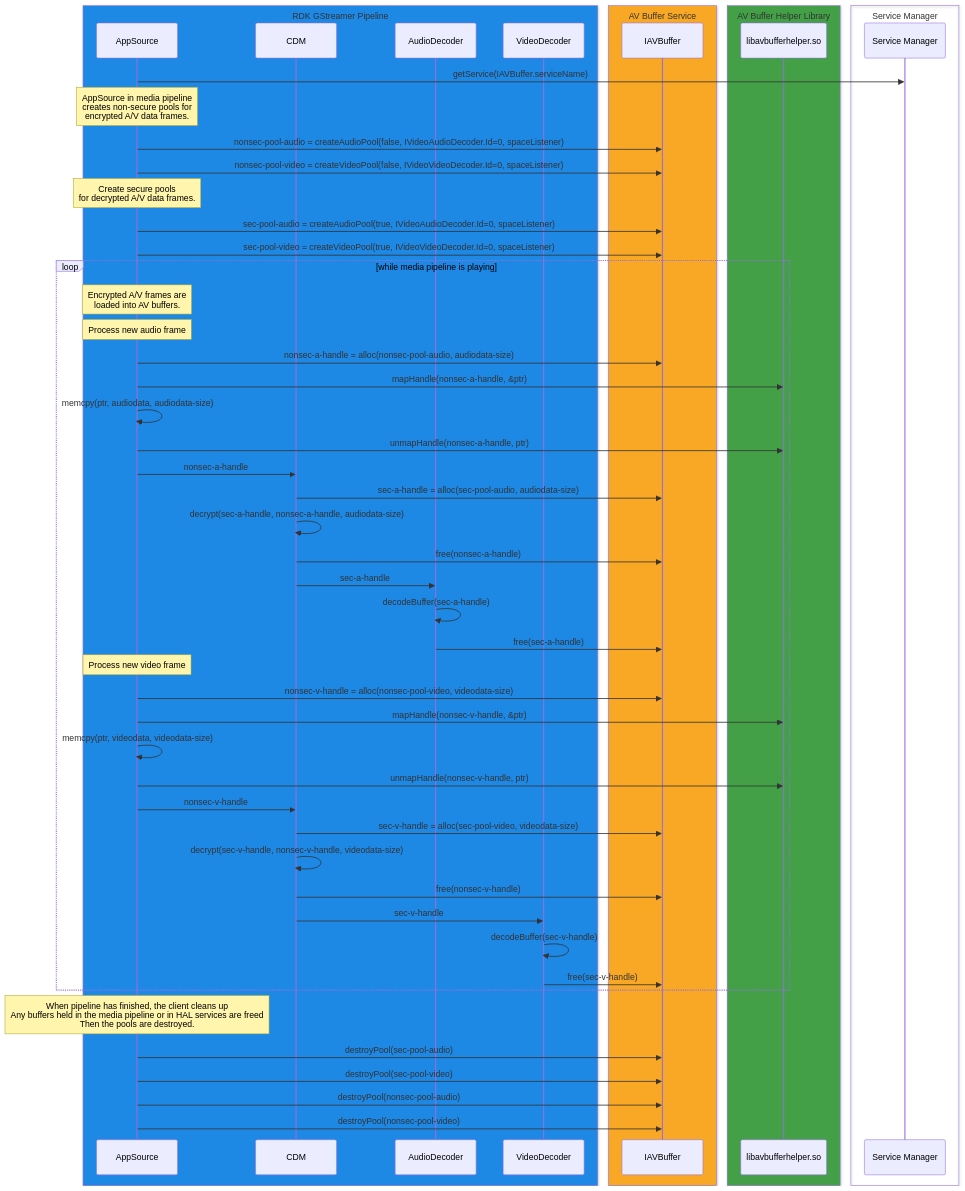
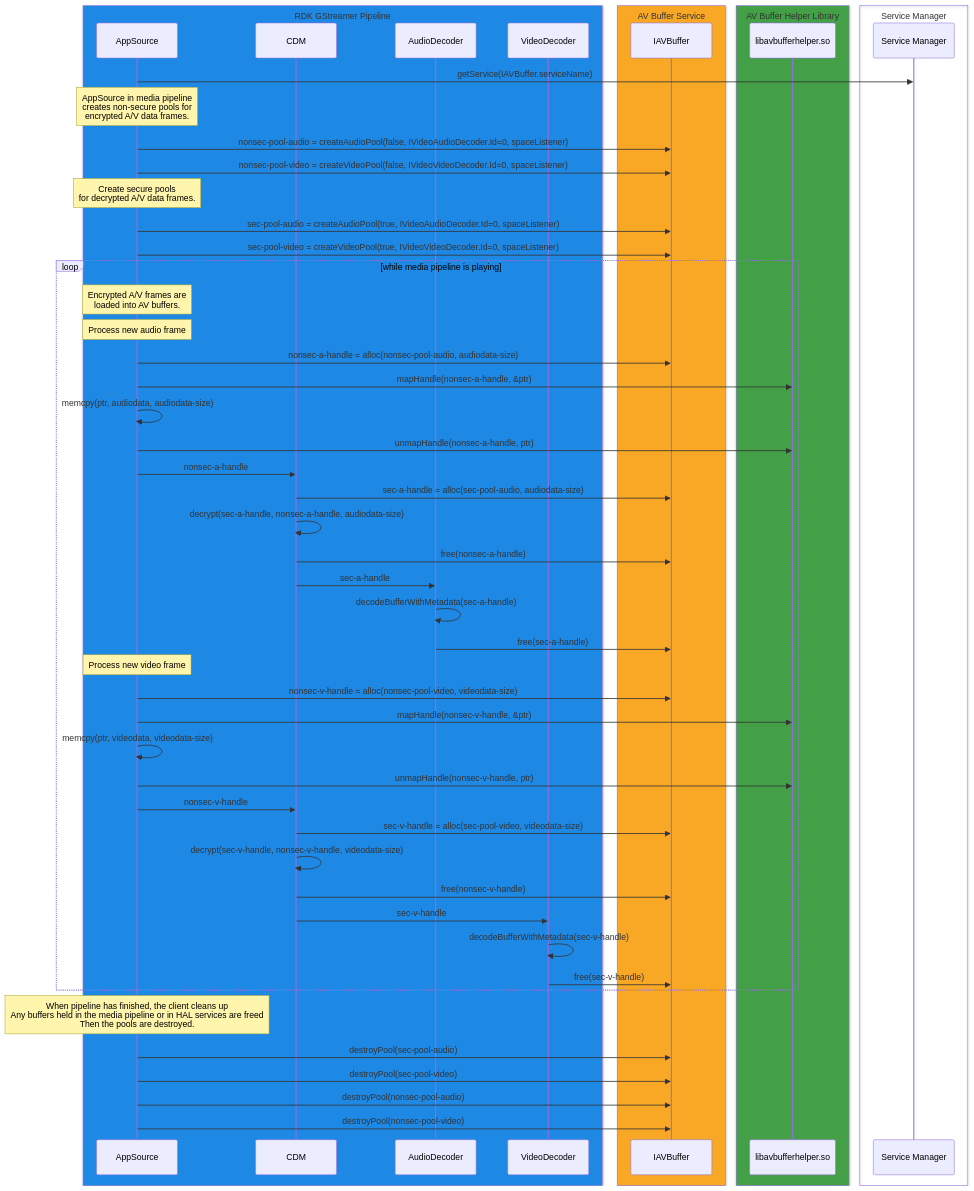
Before and after one commit to rdkcentral/rdk-halif-aidl: the diagram in docs/halif/av_buffer/current/av_buffer.md, drawn with Mermaid. The commit also changed other lines of this file and 7 other files, not shown here.

````diff
--- a/docs/halif/av_buffer/current/av_buffer.md
+++ b/docs/halif/av_buffer/current/av_buffer.md
@@ -182,72 +182,72 @@
 ```mermaid
 sequenceDiagram
     box rgb(30,136,229) RDK GStreamer Pipeline
         participant c1 as AppSource
         participant c2 as CDM
         participant adc as AudioDecoder
         participant vdc as VideoDecoder
     end
 
     box rgb(249,168,37) AV Buffer Service
         participant avbm as IAVBuffer
     end
 
     box rgb(67,160,71) AV Buffer Helper Library
         participant avblib as libavbufferhelper.so
     end
 
     box Service Manager
         participant sm as Service Manager
     end
 
     c1 ->> sm: getService(IAVBuffer.serviceName)
 
     Note over c1: AppSource in media pipeline<br/>creates non-secure pools for <br/>encrypted A/V data frames.
 
     c1 ->> avbm: nonsec-pool-audio = createAudioPool(false, IVideoAudioDecoder.Id=0, spaceListener)
     c1 ->> avbm: nonsec-pool-video = createVideoPool(false, IVideoVideoDecoder.Id=0, spaceListener)
 
     Note over c1: Create secure pools<br/>for decrypted A/V data frames.
 
     c1 ->> avbm: sec-pool-audio = createAudioPool(true, IVideoAudioDecoder.Id=0, spaceListener)
     c1 ->> avbm: sec-pool-video = createVideoPool(true, IVideoVideoDecoder.Id=0, spaceListener)
 
     loop while media pipeline is playing
         Note over c1: Encrypted A/V frames are <br/>loaded into AV buffers.
 
         Note over c1: Process new audio frame
         c1 ->> avbm: nonsec-a-handle = alloc(nonsec-pool-audio, audiodata-size)
         c1 ->> avblib: mapHandle(nonsec-a-handle, &ptr)
         c1 ->> c1: memcpy(ptr, audiodata, audiodata-size)
         c1 ->> avblib: unmapHandle(nonsec-a-handle, ptr)
 
         c1 ->> c2: nonsec-a-handle
         c2 ->> avbm: sec-a-handle = alloc(sec-pool-audio, audiodata-size)
         c2 ->> c2: decrypt(sec-a-handle, nonsec-a-handle, audiodata-size)
         c2 ->> avbm: free(nonsec-a-handle)
         c2 ->> adc: sec-a-handle
-        adc ->> adc: decodeBuffer(sec-a-handle)
+        adc ->> adc: decodeBufferWithMetadata(sec-a-handle)
         adc ->> avbm: free(sec-a-handle)
 
         Note over c1: Process new video frame
         c1 ->> avbm: nonsec-v-handle = alloc(nonsec-pool-video, videodata-size)
         c1 ->> avblib: mapHandle(nonsec-v-handle, &ptr)
         c1 ->> c1: memcpy(ptr, videodata, videodata-size)
         c1 ->> avblib: unmapHandle(nonsec-v-handle, ptr)
         c1 ->> c2: nonsec-v-handle
 
         c2 ->> avbm: sec-v-handle = alloc(sec-pool-video, videodata-size)
         c2 ->> c2: decrypt(sec-v-handle, nonsec-v-handle, videodata-size)
         c2 ->> avbm: free(nonsec-v-handle)
         c2 ->> vdc: sec-v-handle
-        vdc ->> vdc: decodeBuffer(sec-v-handle)
+        vdc ->> vdc: decodeBufferWithMetadata(sec-v-handle)
         vdc ->> avbm: free(sec-v-handle)
     end
 
     Note over c1: When pipeline has finished, the client cleans up<br/>Any buffers held in the media pipeline or in HAL services are freed<br/>Then the pools are destroyed.
 
     c1 ->> avbm: destroyPool(sec-pool-audio)
     c1 ->> avbm: destroyPool(sec-pool-video)
     c1 ->> avbm: destroyPool(nonsec-pool-audio)
     c1 ->> avbm: destroyPool(nonsec-pool-video)
 ```
````
